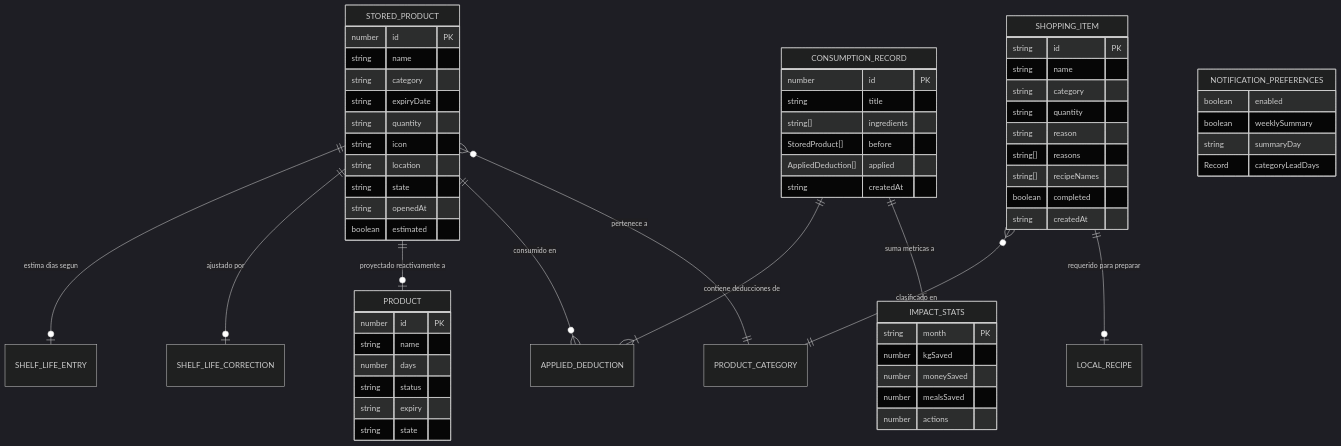
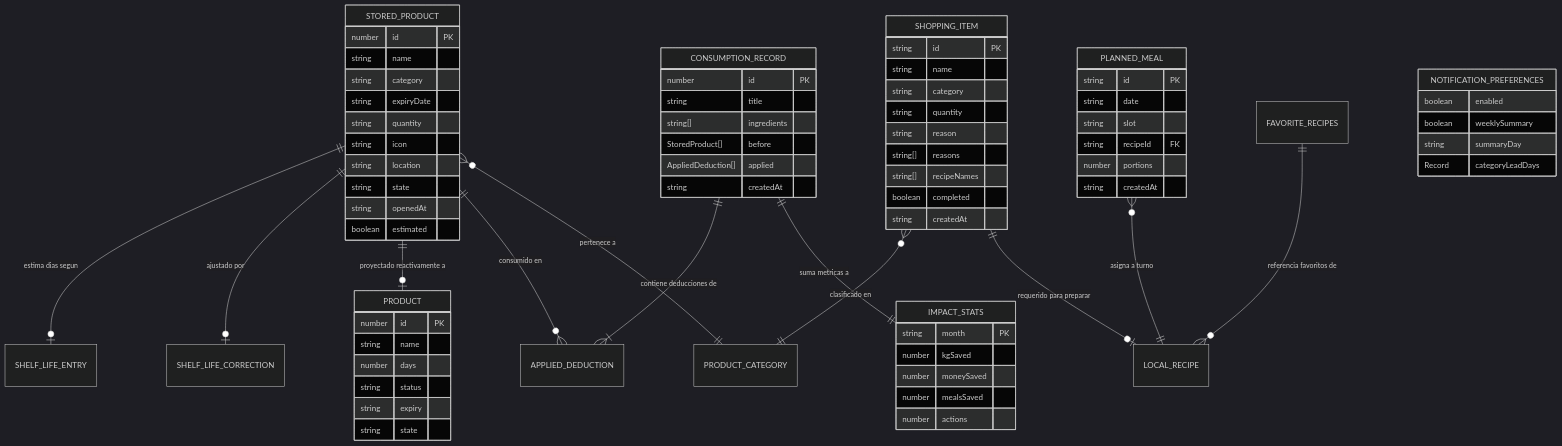
Before and after one commit to Facusere/FreshTrack: the diagram in docs/06-modelo-de-datos-y-almacenamiento.md, drawn with Mermaid (dark theme). The commit also changed other lines of this file and 28 other files, not shown here.

```diff
--- a/docs/06-modelo-de-datos-y-almacenamiento.md
+++ b/docs/06-modelo-de-datos-y-almacenamiento.md
@@ -21,6 +21,18 @@
     SHOPPING_ITEM }o--|| PRODUCT_CATEGORY : "clasificado en"
     STORED_PRODUCT }o--|| PRODUCT_CATEGORY : "pertenece a"
     SHOPPING_ITEM ||--o| LOCAL_RECIPE : "requerido para preparar"
+
+    PLANNED_MEAL }o--|| LOCAL_RECIPE : "asigna a turno"
+    FAVORITE_RECIPES ||--o{ LOCAL_RECIPE : "referencia favoritos de"
+
+    PLANNED_MEAL {
+        string id PK
+        string date
+        string slot
+        string recipeId FK
+        number portions
+        string createdAt
+    }
 
     STORED_PRODUCT {
         number id PK
```
